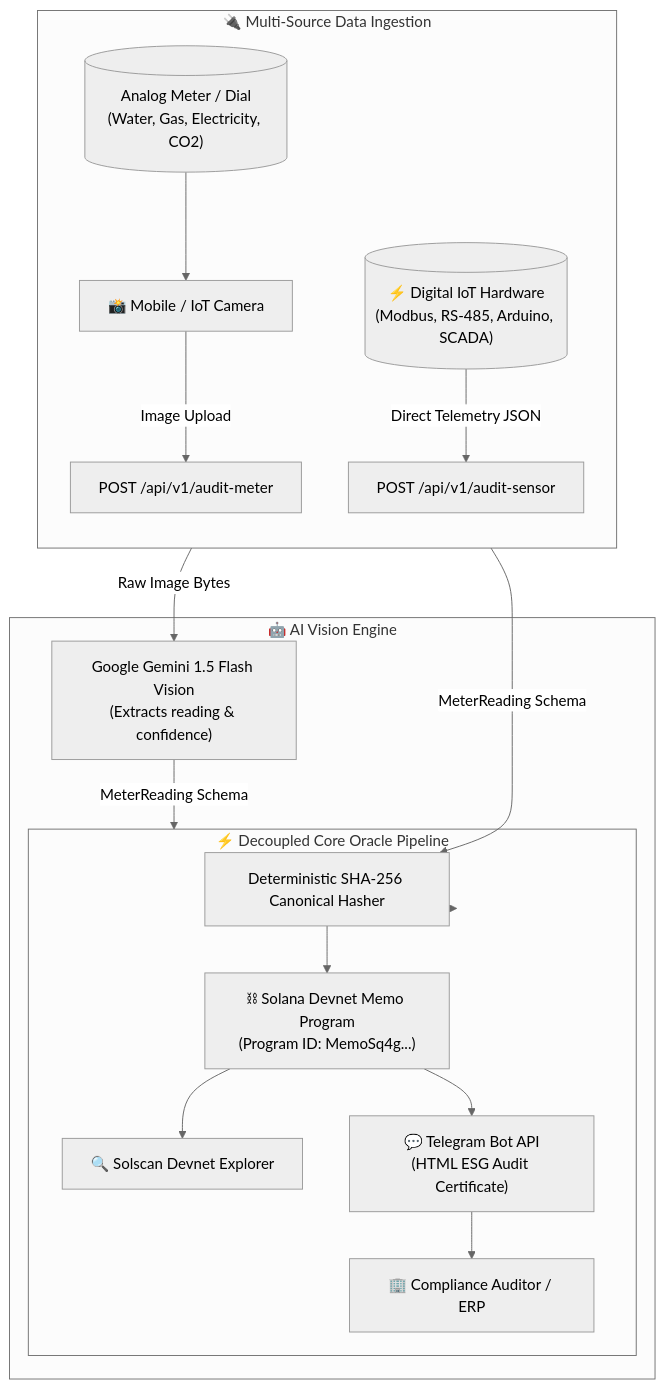
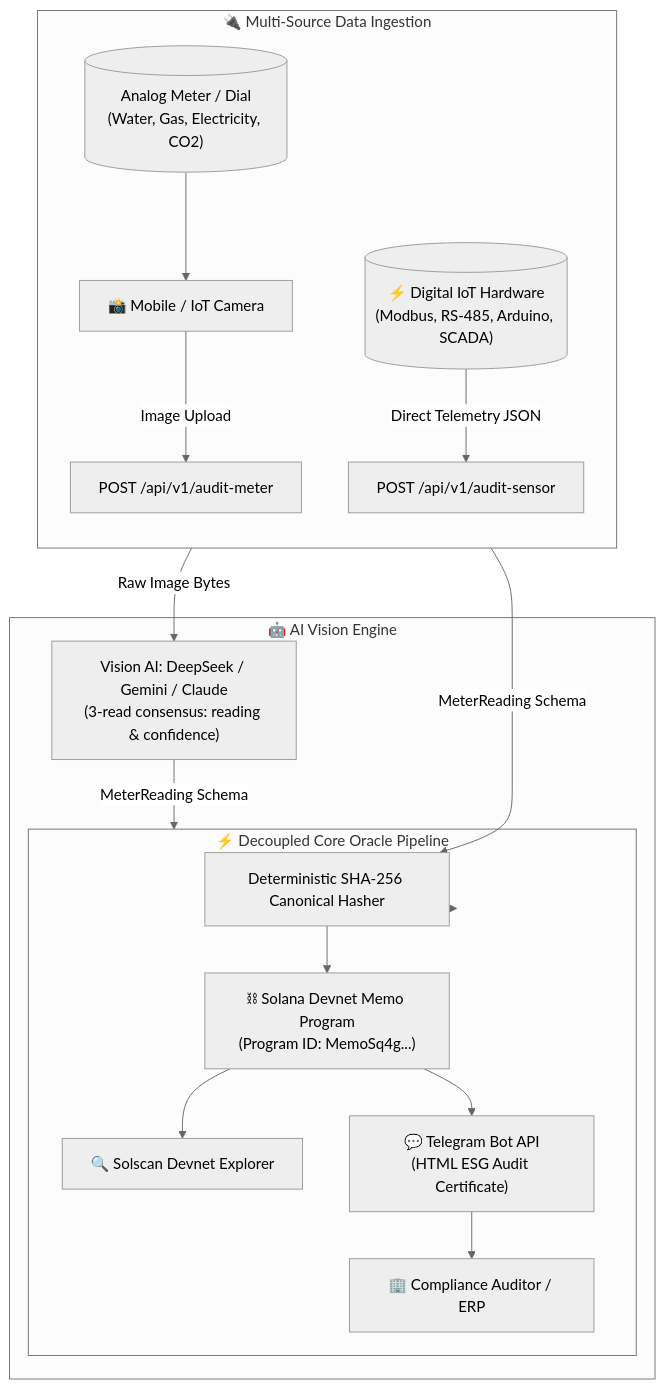
The diagram in README.md (DiegoBarreras/EcoTrustOracle), drawn with Mermaid (neutral theme) before and after one commit. The commit also changed other lines of this file and 2 other files, not shown here.

Commit message:
docs: describe multi-provider vision (DeepSeek, Gemini, Claude)

````diff
--- a/README.md
+++ b/README.md
@@ -33,25 +33,25 @@
 ```mermaid
 flowchart TD
     subgraph Ingestion["🔌 Multi-Source Data Ingestion"]
         direction TB
         M[("Analog Meter / Dial\n(Water, Gas, Electricity, CO2)")] --> Cam["📸 Mobile / IoT Camera"]
         Cam -->|Image Upload| EpImage["POST /api/v1/audit-meter"]
         
         Sensor[("⚡ Digital IoT Hardware\n(Modbus, RS-485, Arduino, SCADA)")] -->|Direct Telemetry JSON| EpSensor["POST /api/v1/audit-sensor"]
     end
 
     subgraph AI["🤖 AI Vision Engine"]
-        Gemini["Google Gemini 1.5 Flash Vision\n(Extracts reading & confidence)"]
-        EpImage -->|Raw Image Bytes| Gemini
-        Gemini -->|MeterReading Schema| CoreBus
+        Vision["Vision AI: DeepSeek / Gemini / Claude\n(3-read consensus: reading & confidence)"]
+        EpImage -->|Raw Image Bytes| Vision
+        Vision -->|MeterReading Schema| CoreBus
     end
 
     subgraph CoreBus["⚡ Decoupled Core Oracle Pipeline"]
         EpSensor -->|MeterReading Schema| Hasher
         CoreBus --> Hasher["Deterministic SHA-256 Canonical Hasher"]
         Hasher --> Web3["⛓ Solana Devnet Memo Program\n(Program ID: MemoSq4g...)"]
         Web3 --> Solscan["🔍 Solscan Devnet Explorer"]
         Web3 --> TG["💬 Telegram Bot API\n(HTML ESG Audit Certificate)"]
         TG --> Auditor["🏢 Compliance Auditor / ERP"]
     end
 ```
````
